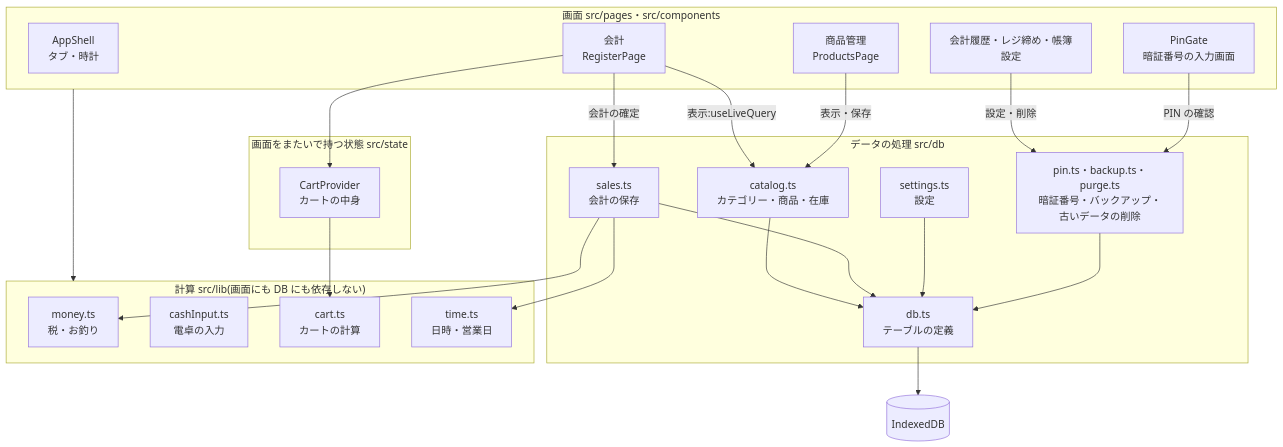
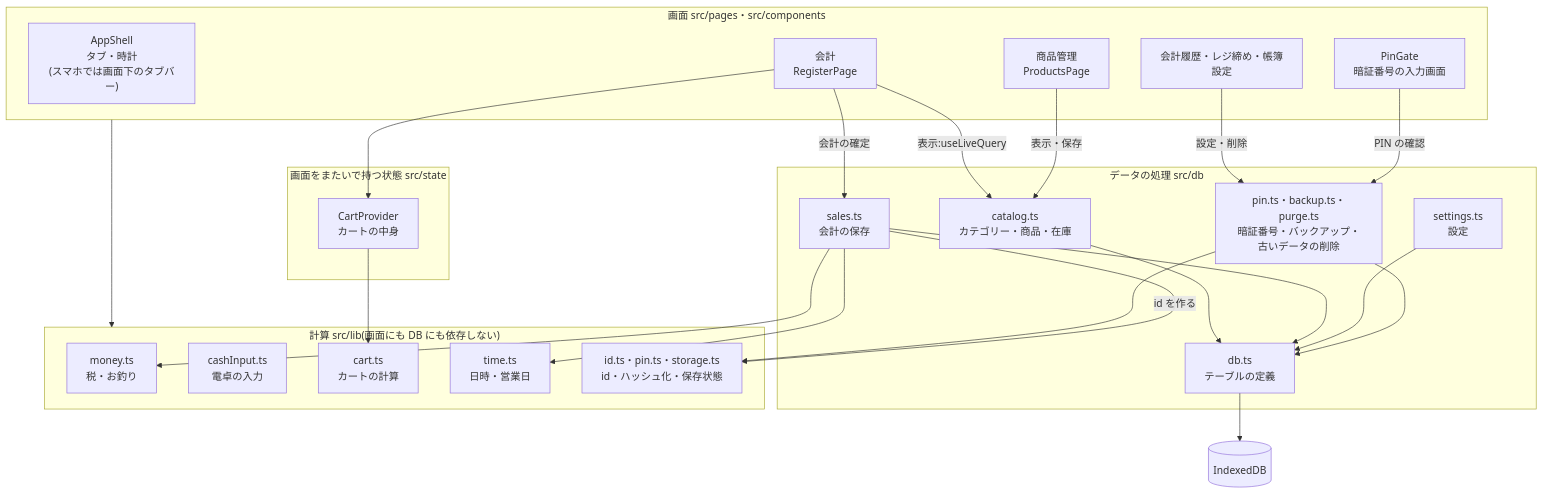
The second of 6 diagrams in docs/architecture.md (bang-prog/tyoubo), drawn with Mermaid before and after one commit. The commit also changed other lines of this file and 34 other files, not shown here.

Commit message:
スマホ(iPhone)対応とアーキテクチャ図の更新- タブを画面下に固定、会計は合計のバーとカートを下から開く形に- 電卓を縦1列で1画面に、サイズ・色のボタンを折り返して並べる- 商品管理と会計履歴は一覧と明細を切り替え、表の列を整理- 入力欄を16px に、セーフエリアに対応- http でも id を作れるようにし、暗証番号が使えないときは案内を出す- 商品カードが重なる不具合と、カートの税率の表示を修正- 画面の配置とスマホの会計の流れの図を追加

````diff
--- a/docs/architecture.md
+++ b/docs/architecture.md
@@ -42,47 +43,50 @@
 ```mermaid
 flowchart TB
   subgraph ui["画面  src/pages・src/components"]
-    shell["AppShell<br/>タブ・時計"]
+    shell["AppShell<br/>タブ・時計<br/>(スマホでは画面下のタブバー)"]
     reg["会計<br/>RegisterPage"]
     prod["商品管理<br/>ProductsPage"]
     rest["会計履歴・レジ締め・帳簿<br/>設定"]
     gate["PinGate<br/>暗証番号の入力画面"]
   end
 
   subgraph state["画面をまたいで持つ状態  src/state"]
     cartctx["CartProvider<br/>カートの中身"]
   end
 
   subgraph data["データの処理  src/db"]
     catalog["catalog.ts<br/>カテゴリー・商品・在庫"]
     sales["sales.ts<br/>会計の保存"]
     settings["settings.ts<br/>設定"]
     keep["pin.ts・backup.ts・purge.ts<br/>暗証番号・バックアップ・古いデータの削除"]
     schema["db.ts<br/>テーブルの定義"]
   end
 
   subgraph lib["計算  src/lib(画面にも DB にも依存しない)"]
     money["money.ts<br/>税・お釣り"]
     cash["cashInput.ts<br/>電卓の入力"]
     cartlib["cart.ts<br/>カートの計算"]
     time["time.ts<br/>日時・営業日"]
+    util["id.ts・pin.ts・storage.ts<br/>id・ハッシュ化・保存状態"]
   end
 
   idb[("IndexedDB")]
 
   reg --> cartctx
   reg -- "表示:useLiveQuery" --> catalog
   reg -- "会計の確定" --> sales
   prod -- "表示・保存" --> catalog
   ui --> lib
   cartctx --> cartlib
   catalog --> schema
   sales --> schema
   settings --> schema
   rest -- "設定・削除" --> keep
   gate -- "PIN の確認" --> keep
   keep --> schema
+  keep --> util
+  sales -- "id を作る" --> util
   sales --> money
   sales --> time
   schema --> idb
 ```
````
